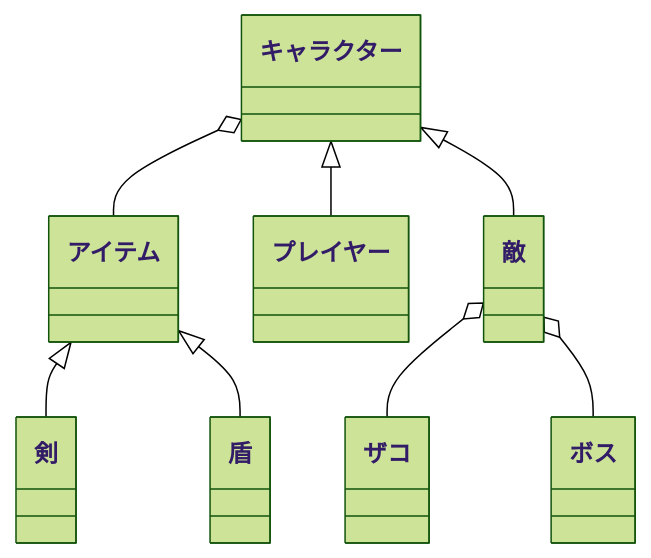
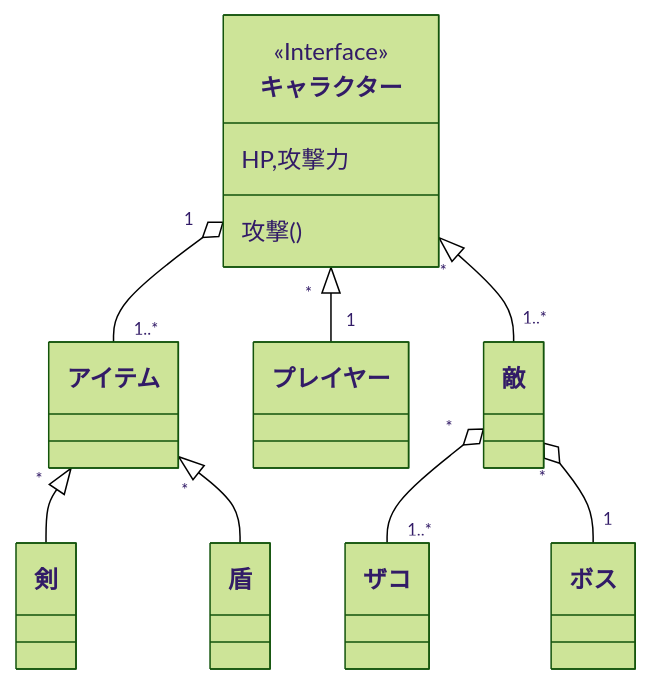
One commit to tpu-game-2023/mermaid_test changed the third of 3 diagrams in README.md. Above: the diagram before and after it, drawn with Mermaid (forest theme).

````diff
--- a/README.md
+++ b/README.md
@@ -69,10 +69,15 @@
 ```mermaid
 classDiagram
-    キャラクター o-- アイテム
-    アイテム <|-- 剣
-    アイテム <|-- 盾
-    キャラクター <|-- プレイヤー
-    キャラクター <|-- 敵
-    敵 o-- ザコ
-    敵 o-- ボス
+direction TD
+class キャラクター
+   <<Interface>> キャラクター
+    キャラクター: HP,攻撃力
+    キャラクター: 攻撃()
+    キャラクター "1" o-- "1..*" アイテム
+    アイテム "*" <|-- 剣
+    アイテム "*" <|-- 盾
+    キャラクター "*" <|-- "1" プレイヤー
+    キャラクター "*" <|-- "1..*" 敵
+    敵 "*" o-- "1..*" ザコ
+    敵 "*" o-- "1" ボス
 ```
````
